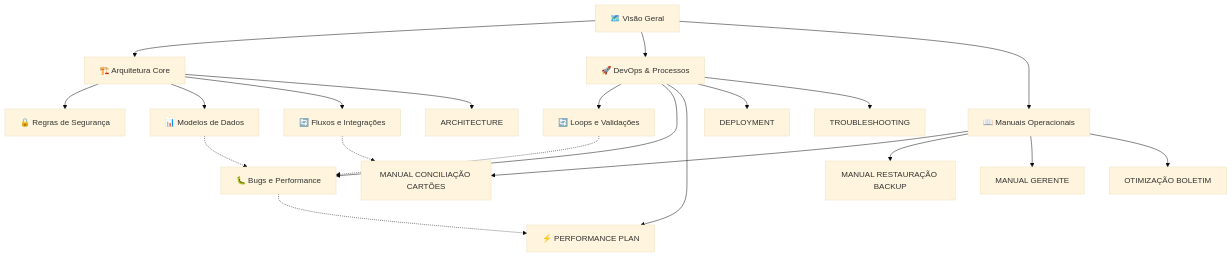
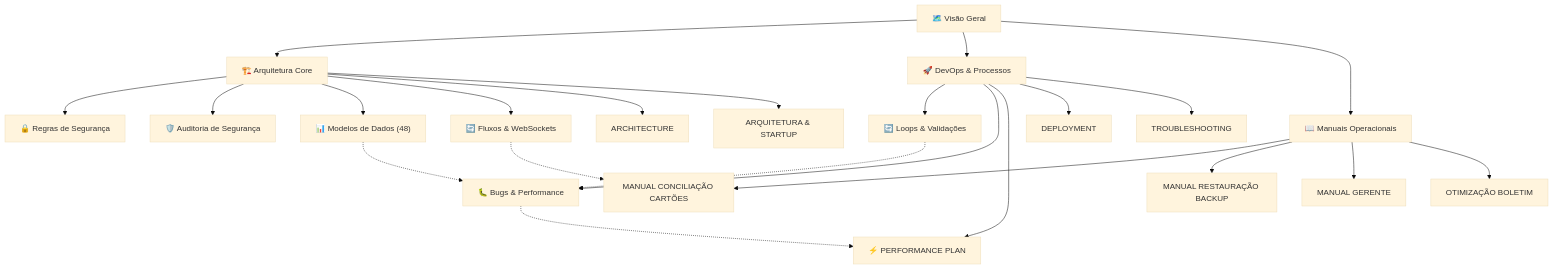
Before and after one commit to valfredodefarias/KyrusTech: the diagram in docs/Visao Geral.md, drawn with Mermaid (base theme). The commit also changed other lines of this file and 90 other files, not shown here.

````diff
--- a/docs/Visao Geral.md
+++ b/docs/Visao Geral.md
@@ -48,27 +47,29 @@
 ```mermaid
 graph TD
     VG["🗺️ Visão Geral"] --> Core["🏗️ Arquitetura Core"]
     VG --> Dev["🚀 DevOps & Processos"]
     VG --> Manuals["📖 Manuais Operacionais"]
 
     Core --> RS["🔒 Regras de Segurança"]
-    Core --> MD["📊 Modelos de Dados"]
-    Core --> FI["🔄 Fluxos e Integrações"]
+    Core --> SA["🛡️ Auditoria de Segurança"]
+    Core --> MD["📊 Modelos de Dados (48)"]
+    Core --> FI["🔄 Fluxos & WebSockets"]
     Core --> ARC["ARCHITECTURE"]
+    Core --> AES["ARQUITETURA & STARTUP"]
 
-    Dev --> LV["🔄 Loops e Validações"]
-    Dev --> BPB["🐛 Bugs e Performance"]
+    Dev --> LV["🔄 Loops & Validações"]
+    Dev --> BPB["🐛 Bugs & Performance"]
     Dev --> PP["⚡ PERFORMANCE PLAN"]
     Dev --> DEP["DEPLOYMENT"]
     Dev --> TS["TROUBLESHOOTING"]
 
     Manuals --> MCC["MANUAL CONCILIAÇÃO CARTÕES"]
     Manuals --> MRB["MANUAL RESTAURAÇÃO BACKUP"]
     Manuals --> MG["MANUAL GERENTE"]
     Manuals --> OB["OTIMIZAÇÃO BOLETIM"]
 
     MD -.-> BPB
     LV -.-> BPB
     BPB -.-> PP
     FI -.-> MCC
 ```
````
